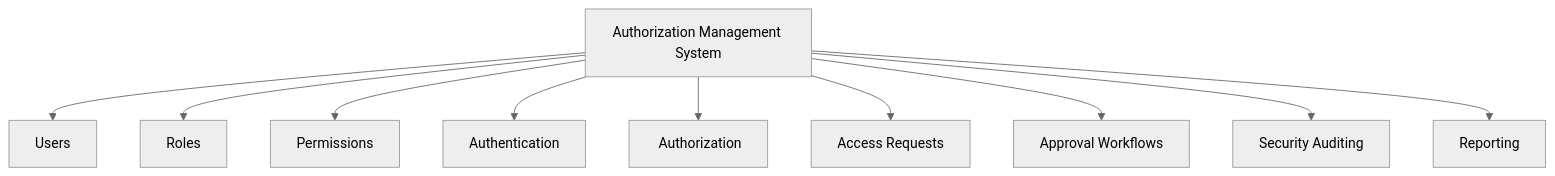
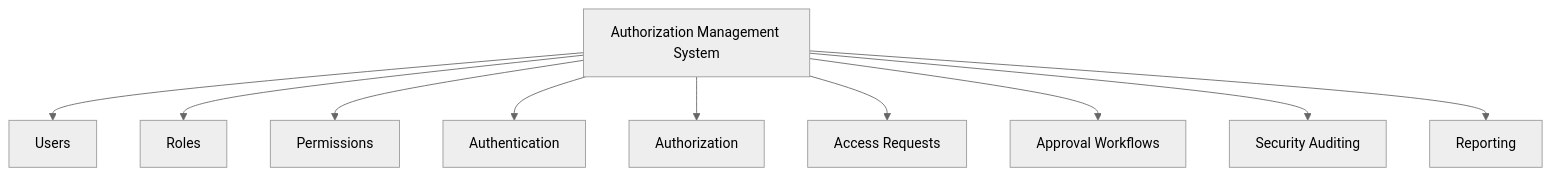
Before and after one commit to MotionPrograming/AuthorizationManagementSystem: the first of 29 diagrams in README.md, drawn with Mermaid (neutral theme). The commit also changed other lines of this file, not shown here.

````diff
--- a/README.md
+++ b/README.md
@@ -44,25 +42,24 @@
 ```mermaid
 flowchart TB
-
-AMS[" Authorization Management System"]
-
-USER[" Users"]
-ROLE[" Roles"]
-PERM[" Permissions"]
-AUTHN[" Authentication"]
-AUTHZ["️ Authorization"]
-ACCESS[" Access Requests"]
-APPROVAL[" Approval Workflows"]
-AUDIT[" Security Auditing"]
-REPORT[" Reporting"]
-
-AMS --> USER
-AMS --> ROLE
-AMS --> PERM
-AMS --> AUTHN
-AMS --> AUTHZ
-AMS --> ACCESS
-AMS --> APPROVAL
-AMS --> AUDIT
-AMS --> REPORT
+    AMS["Authorization Management System"]
+    
+    USER["Users"]
+    ROLE["Roles"]
+    PERM["Permissions"]
+    AUTHN["Authentication"]
+    AUTHZ["Authorization"]
+    ACCESS["Access Requests"]
+    APPROVAL["Approval Workflows"]
+    AUDIT["Security Auditing"]
+    REPORT["Reporting"]
+    
+    AMS --> USER
+    AMS --> ROLE
+    AMS --> PERM
+    AMS --> AUTHN
+    AMS --> AUTHZ
+    AMS --> ACCESS
+    AMS --> APPROVAL
+    AMS --> AUDIT
+    AMS --> REPORT
 ```
````
